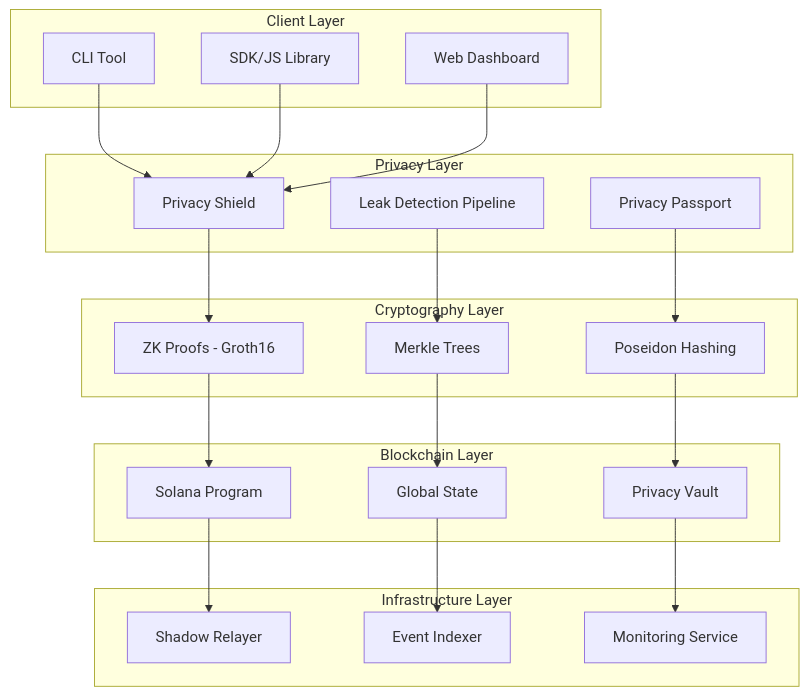
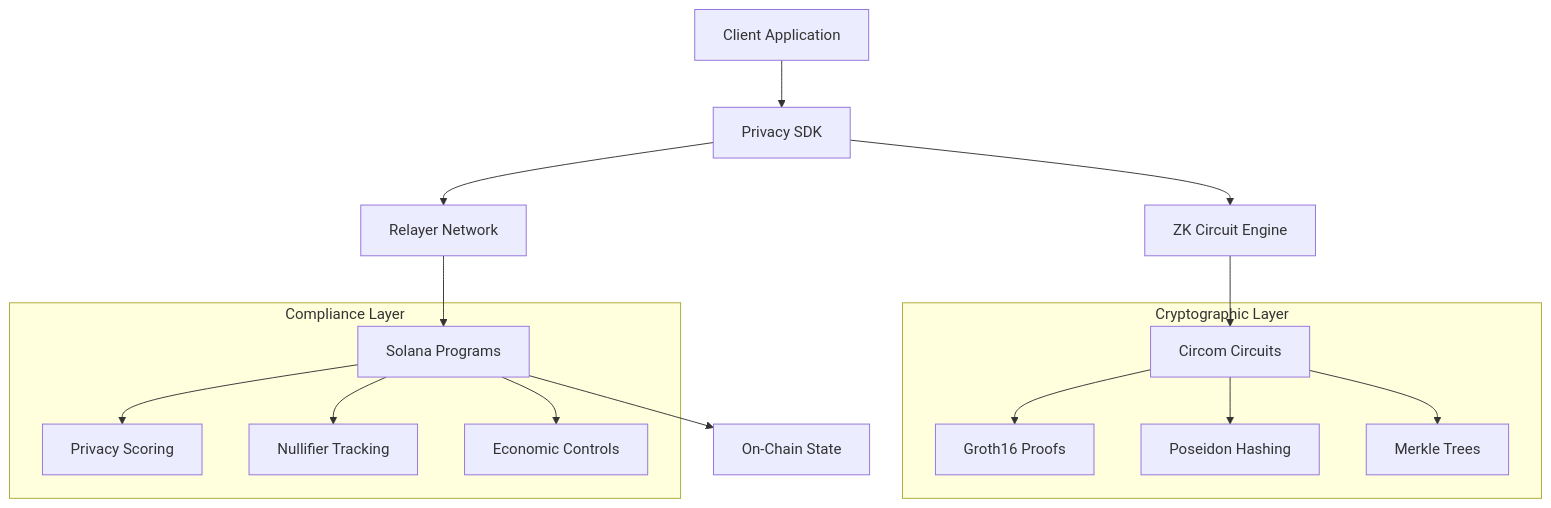
Before and after one commit to paseka10jaroslav-coder/SolVoid: the diagram in README.md, drawn with Mermaid. The commit also changed other lines of this file and 217 other files, not shown here.

First line of the commit message:
Add enterprise privacy protocol with working CLI and ZK circuits

````diff
--- a/README.md
+++ b/README.md
@@ -204,48 +11,21 @@
 ```mermaid
 graph TB
-    subgraph "Client Layer"
-        CLI[CLI Tool]
-        SDK[SDK/JS Library]
-        Dashboard[Web Dashboard]
+    A[Client Application] --> B[Privacy SDK]
+    B --> C[ZK Circuit Engine]
+    B --> D[Relayer Network]
+    C --> E[Circom Circuits]
+    D --> F[Solana Programs]
+    F --> G[On-Chain State]
+    
+    subgraph "Cryptographic Layer"
+        E --> H[Groth16 Proofs]
+        E --> I[Poseidon Hashing]
+        E --> J[Merkle Trees]
     end
     
-    subgraph "Privacy Layer"
-        Shield[Privacy Shield]
-        Pipeline[Leak Detection Pipeline]
-        Passport[Privacy Passport]
+    subgraph "Compliance Layer"
+        F --> K[Privacy Scoring]
+        F --> L[Nullifier Tracking]
+        F --> M[Economic Controls]
     end
-    
-    subgraph "Cryptography Layer"
-        ZKP[ZK Proofs - Groth16]
-        Poseidon[Poseidon Hashing]
-        Merkle[Merkle Trees]
-    end
-    
-    subgraph "Blockchain Layer"
-        Program[Solana Program]
-        Vault[Privacy Vault]
-        State[Global State]
-    end
-    
-    subgraph "Infrastructure Layer"
-        Relayer[Shadow Relayer]
-        Indexer[Event Indexer]
-        Monitor[Monitoring Service]
-    end
-    
-    CLI --> Shield
-    SDK --> Shield
-    Dashboard --> Shield
-    
-    Shield --> ZKP
-    Pipeline --> Merkle
-    Passport --> Poseidon
-    
-    ZKP --> Program
-    Merkle --> State
-    Poseidon --> Vault
-    
-    Program --> Relayer
-    State --> Indexer
-    Vault --> Monitor
 ```
````
